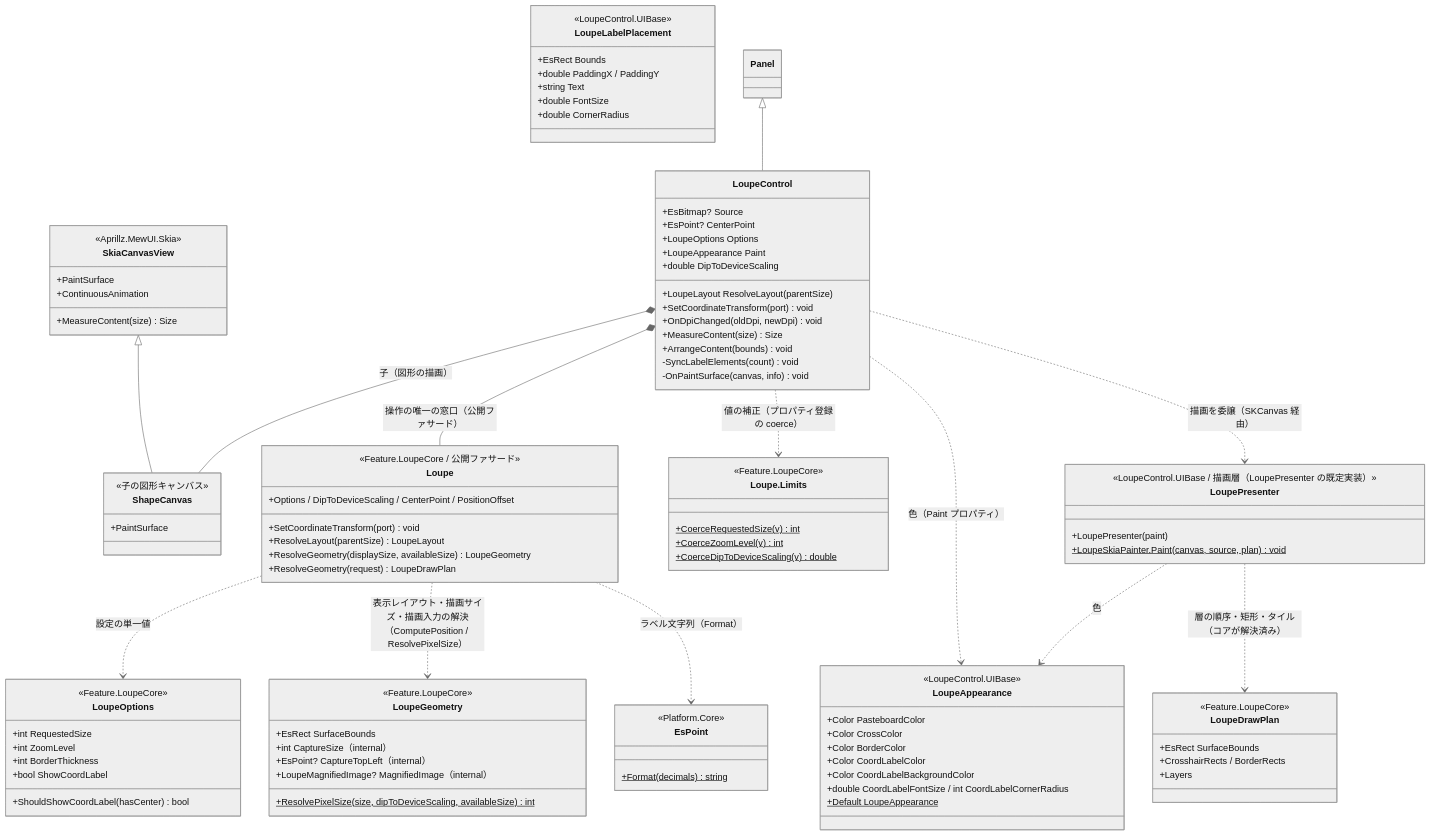
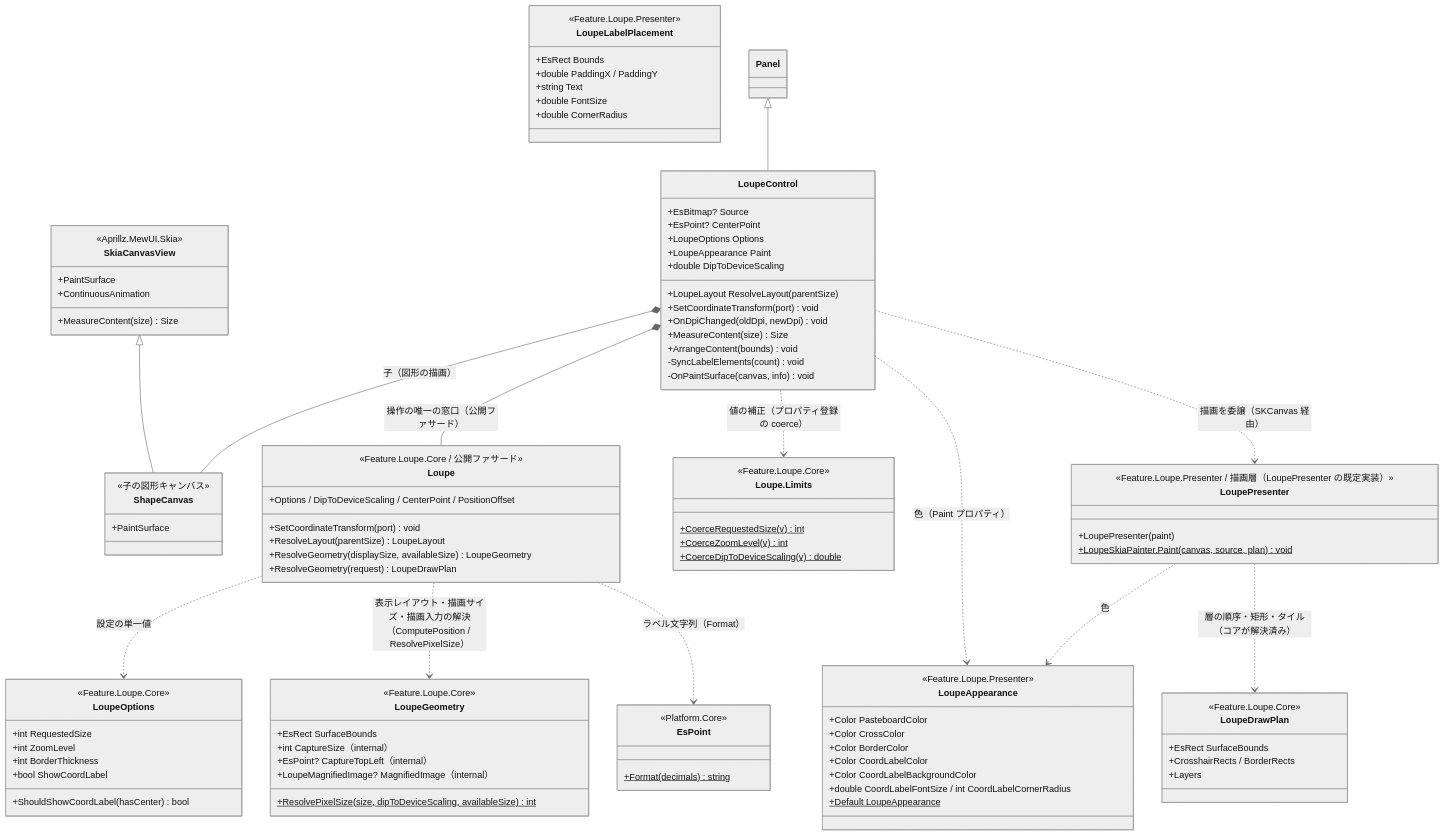
One commit to tomokuni/SaveEvidence changed the first of 2 diagrams in src/LoupeControl.MewUI/SPEC_System.md. Above: the diagram before and after it, drawn with Mermaid (neutral theme). The commit also changed other lines of this file and 334 other files, not shown here.

```diff
--- a/src/LoupeControl.MewUI/SPEC_System.md
+++ b/src/LoupeControl.MewUI/SPEC_System.md
@@ -100,7 +100,7 @@
         +PaintSurface
     }
     class LoupeOptions {
-        <<Feature.LoupeCore>>
+        <<Feature.Loupe.Core>>
         +int RequestedSize
         +int ZoomLevel
                 +int BorderThickness
@@ -108,7 +108,7 @@
         +ShouldShowCoordLabel(hasCenter) bool
     }
     class LoupeAppearance {
-        <<LoupeControl.UIBase>>
+        <<Feature.Loupe.Presenter>>
         +Color PasteboardColor
         +Color CrossColor
                         +Color BorderColor
@@ -118,24 +118,24 @@
         +Default LoupeAppearance$
     }
     class LoupePresenter {
-        <<LoupeControl.UIBase / 描画層（LoupePresenter の既定実装）>>
+        <<Feature.Loupe.Presenter / 描画層（LoupePresenter の既定実装）>>
         +LoupePresenter(paint)
         +LoupeSkiaPainter.Paint(canvas, source, plan)$ void
     }
     class Loupe.Limits {
-        <<Feature.LoupeCore>>
+        <<Feature.Loupe.Core>>
         +CoerceRequestedSize(v) int$
         +CoerceZoomLevel(v) int$
         +CoerceDipToDeviceScaling(v) double$
     }
     class LoupeDrawPlan {
-        <<Feature.LoupeCore>>
+        <<Feature.Loupe.Core>>
         +EsRect SurfaceBounds
                 +CrosshairRects / BorderRects
         +Layers
     }
     class LoupeGeometry {
-        <<Feature.LoupeCore>>
+        <<Feature.Loupe.Core>>
         +EsRect SurfaceBounds
         +int CaptureSize（internal）
         +EsPoint? CaptureTopLeft（internal）
@@ -143,7 +143,7 @@
         +ResolvePixelSize(size, dipToDeviceScaling, availableSize) int$
     }
     class LoupeLabelPlacement {
-        <<LoupeControl.UIBase>>
+        <<Feature.Loupe.Presenter>>
         +EsRect Bounds
         +double PaddingX / PaddingY
         +string Text
@@ -151,7 +151,7 @@
         +double CornerRadius
     }
     class Loupe {
-        <<Feature.LoupeCore / 公開ファサード>>
+        <<Feature.Loupe.Core / 公開ファサード>>
         +Options / DipToDeviceScaling / CenterPoint / PositionOffset
         +SetCoordinateTransform(port) void
         +ResolveLayout(parentSize) LoupeLayout
```
